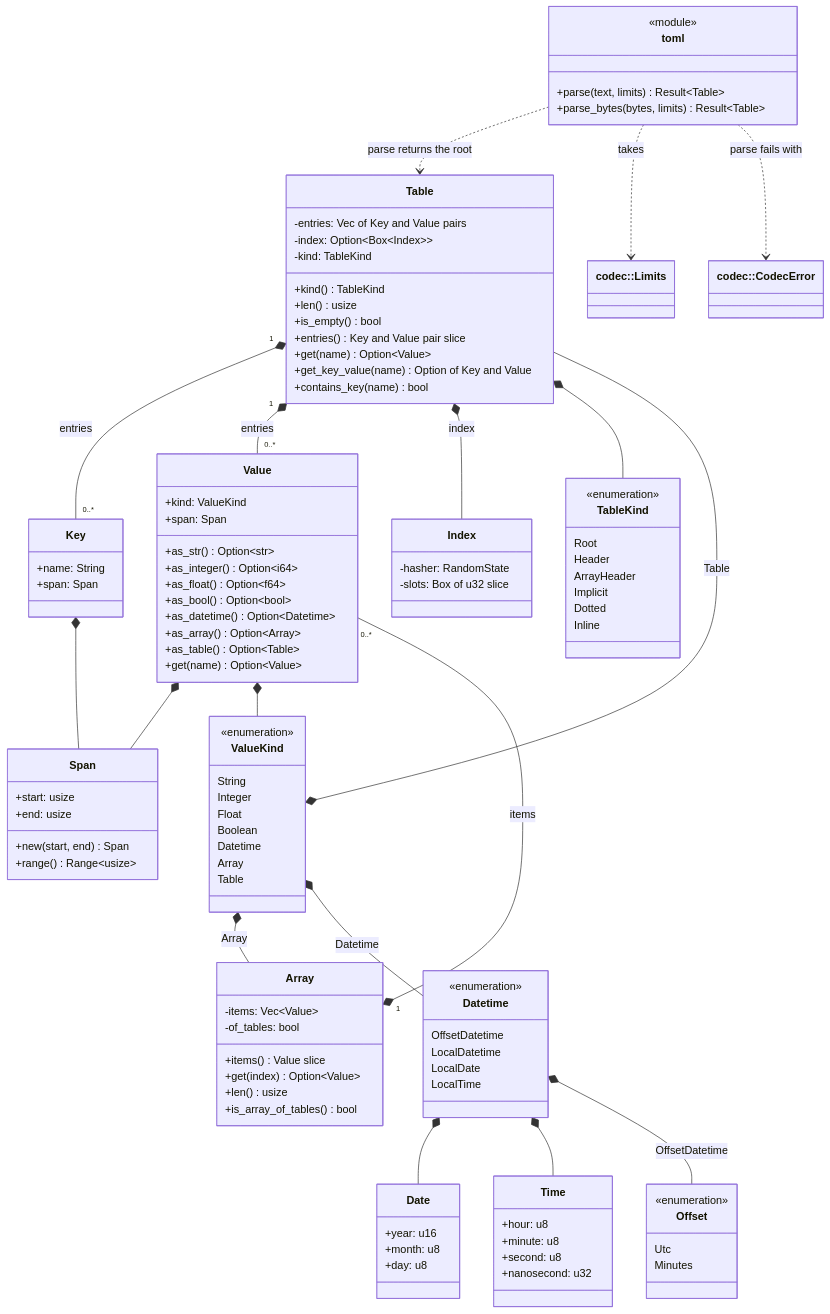
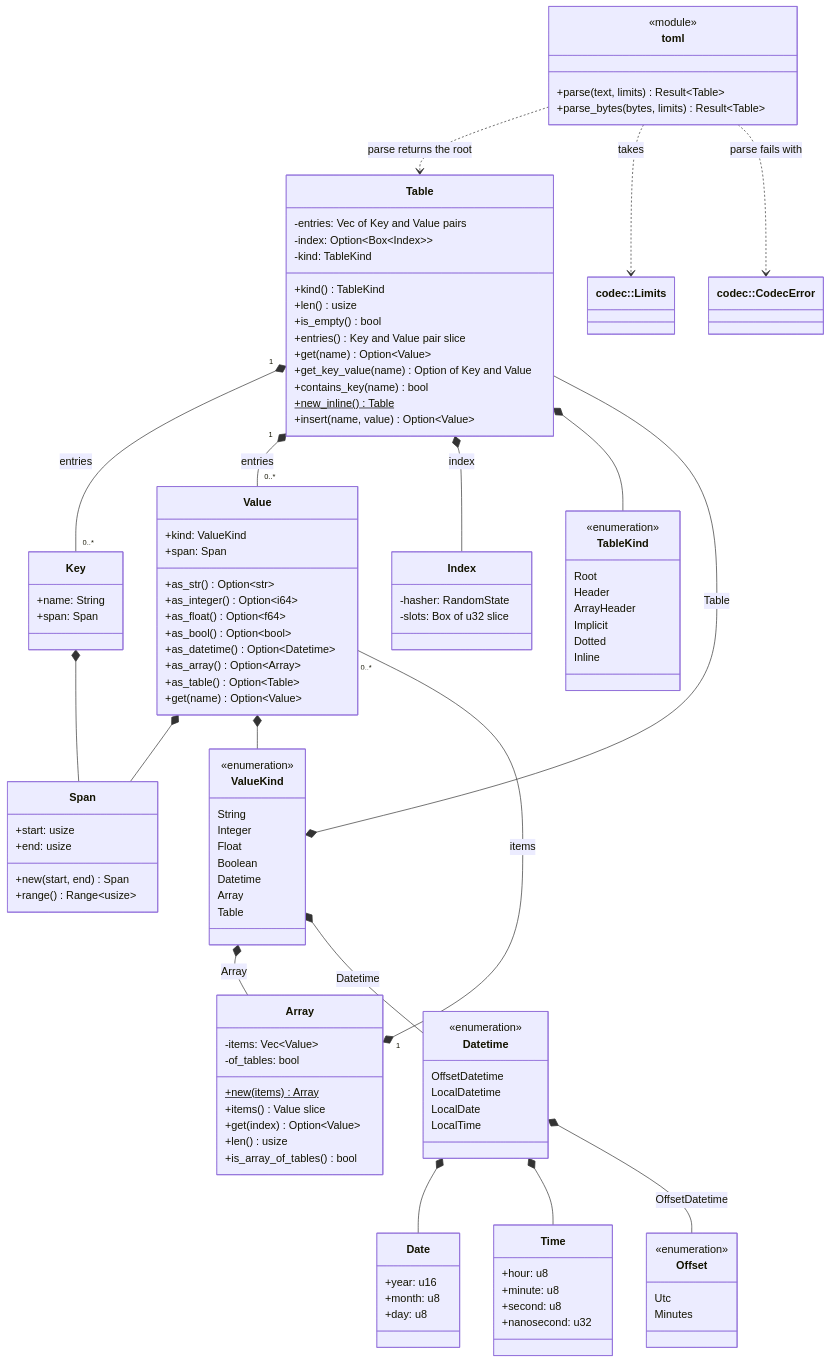
Diagram 15 of 29 in diagrams/class-diagrams.md (jabbott-iii/Tidepool), drawn with Mermaid before and after one commit. The commit also changed other lines of this file and 30 other files, not shown here.

```diff
--- a/diagrams/class-diagrams.md
+++ b/diagrams/class-diagrams.md
@@ -1057,6 +1059,8 @@
         +get(name) Option~Value~
         +get_key_value(name) Option of Key and Value
         +contains_key(name) bool
+        +new_inline()$ Table
+        +insert(name, value) Option~Value~
     }
     class Index {
         -hasher: RandomState
@@ -1100,6 +1104,7 @@
     class Array {
         -items: Vec~Value~
         -of_tables: bool
+        +new(items)$ Array
         +items() Value slice
         +get(index) Option~Value~
         +len() usize
```
